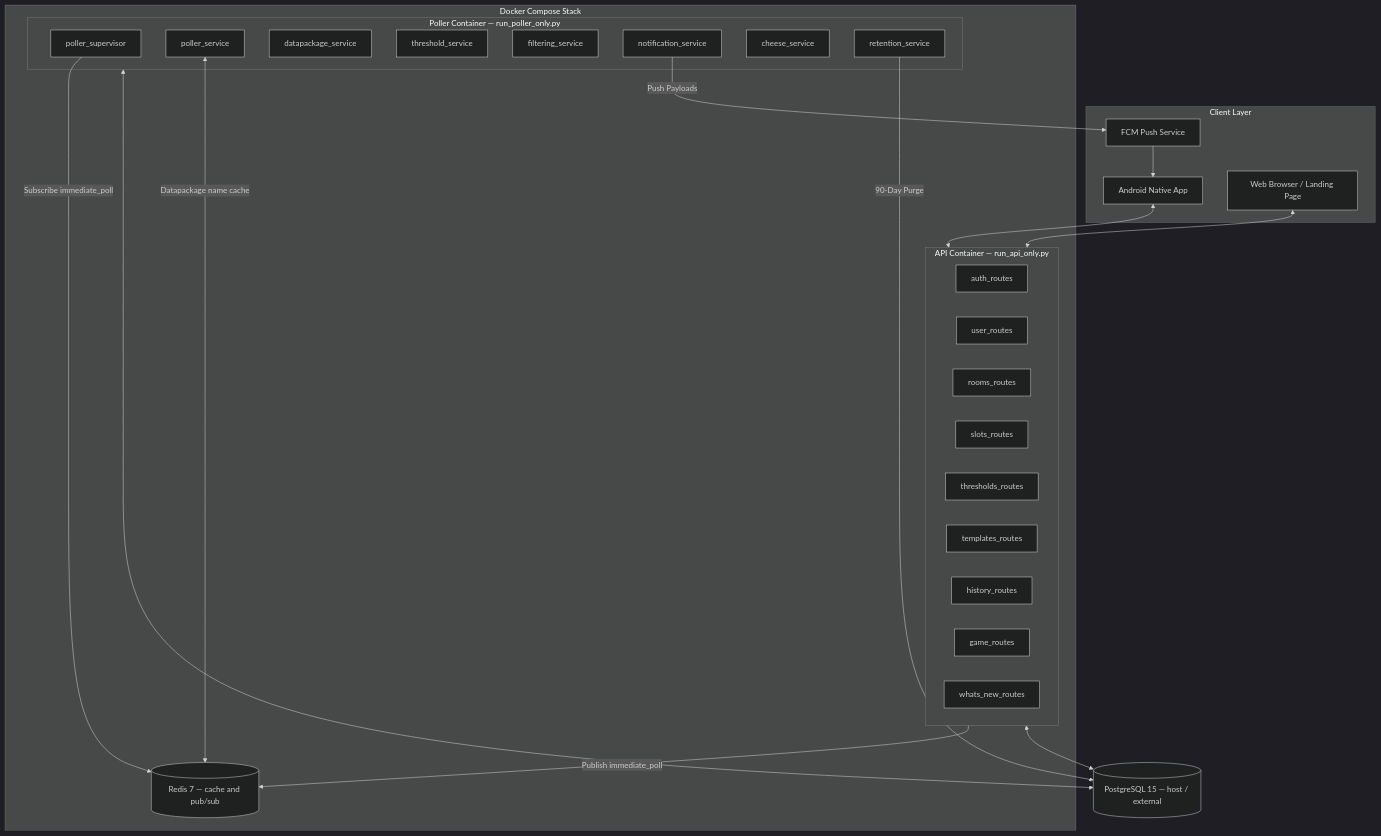
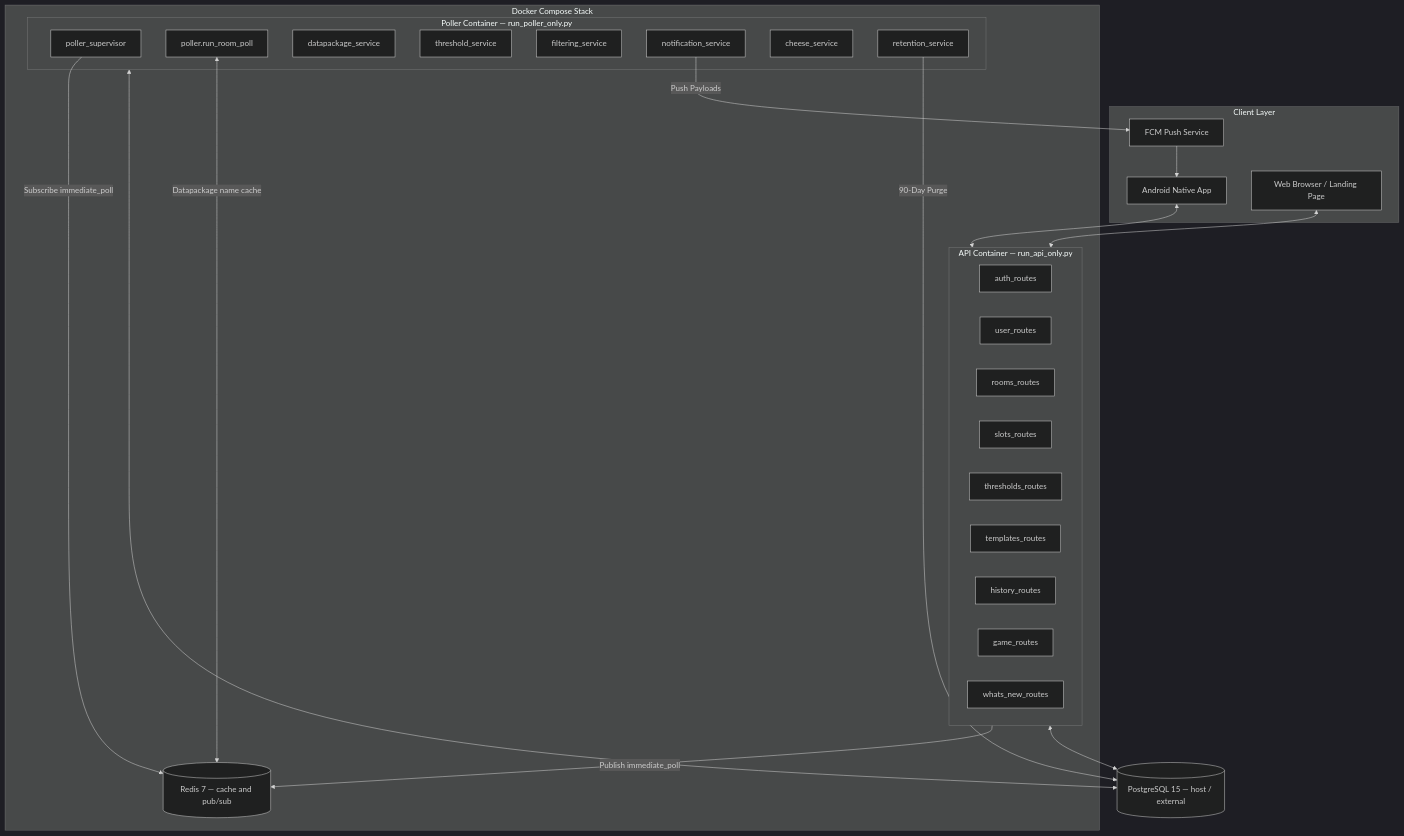
The diagram in architecture.md (wrjones104/ap-tracker), drawn with Mermaid (dark theme) before and after one commit. The commit also changed other lines of this file and 1 other file, not shown here.

````diff
--- a/architecture.md
+++ b/architecture.md
@@ -7,51 +7,51 @@
 ```mermaid
 flowchart TD
     subgraph clients["Client Layer"]
         MobileApp[Android Native App]
         WebUI[Web Browser / Landing Page]
         FCM[FCM Push Service]
     end
 
     subgraph stack["Docker Compose Stack"]
         subgraph api["API Container — run_api_only.py"]
             AuthBP[auth_routes]
             UserBP[user_routes]
             RoomBP[rooms_routes]
             SlotBP[slots_routes]
             ThreshBP[thresholds_routes]
             TmplBP[templates_routes]
             HistBP[history_routes]
             GameBP[game_routes]
             NewsBP[whats_new_routes]
         end
 
         subgraph poller["Poller Container — run_poller_only.py"]
             PollerSupervisor[poller_supervisor]
-            PollerWorker[poller_service]
+            PollerWorker[poller.run_room_poll]
             DatapackageSvc[datapackage_service]
             ThresholdSvc[threshold_service]
             FilterSvc[filtering_service]
             NotificationSvc[notification_service]
             CheeseSvc[cheese_service]
             RetentionSvc[retention_service]
         end
 
         Redis[("Redis 7 — cache and pub/sub")]
     end
 
     Postgres[("PostgreSQL 15 — host / external")]
 
     MobileApp <--> api
     WebUI <--> api
 
     api -->|Publish immediate_poll| Redis
     PollerSupervisor -->|Subscribe immediate_poll| Redis
     PollerWorker <-->|Datapackage name cache| Redis
 
     api <--> Postgres
     poller <--> Postgres
     RetentionSvc -->|90-Day Purge| Postgres
 
     NotificationSvc -->|Push Payloads| FCM
     FCM --> MobileApp
 ```
````
